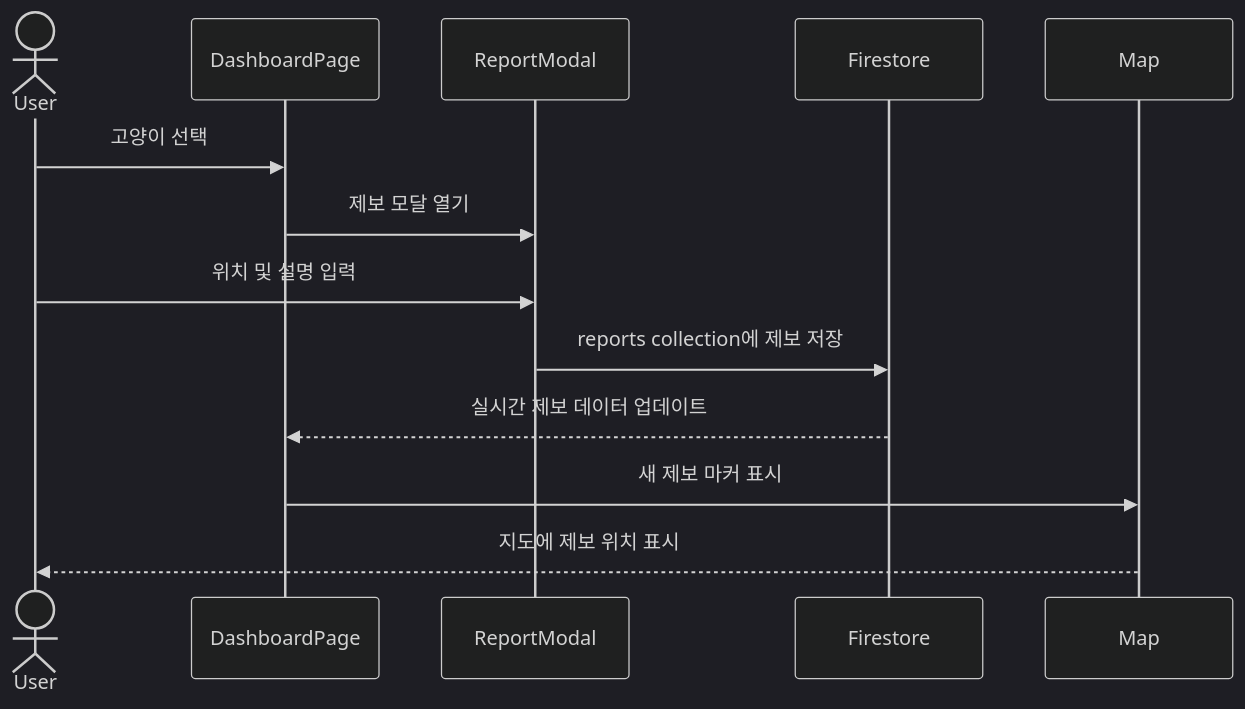
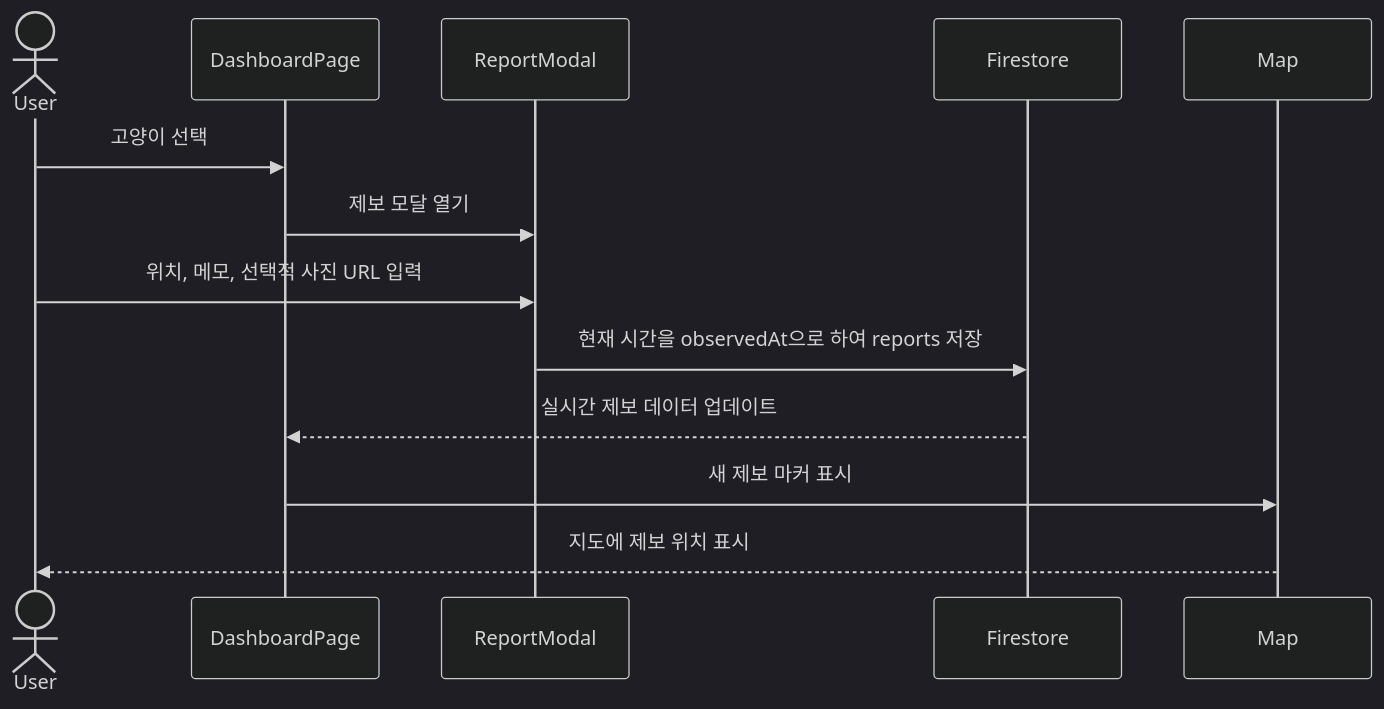
Before and after one commit to Pdar124/YU_CCM: the third of 8 diagrams in CCM_docs/Design_[22411841_박다래].md, drawn with Mermaid (dark theme). The commit also changed other lines of this file, not shown here.

````diff
--- a/CCM_docs/Design_[22411841_박다래].md
+++ b/CCM_docs/Design_[22411841_박다래].md
@@ -774,16 +986,16 @@
 ```mermaid
 sequenceDiagram
     actor User
     participant DashboardPage
     participant ReportModal
     participant Firestore
     participant Map
 
     User->>DashboardPage: 고양이 선택
     DashboardPage->>ReportModal: 제보 모달 열기
-    User->>ReportModal: 위치 및 설명 입력
-    ReportModal->>Firestore: reports collection에 제보 저장
+    User->>ReportModal: 위치, 메모, 선택적 사진 URL 입력
+    ReportModal->>Firestore: 현재 시간을 observedAt으로 하여 reports 저장
     Firestore-->>DashboardPage: 실시간 제보 데이터 업데이트
     DashboardPage->>Map: 새 제보 마커 표시
     Map-->>User: 지도에 제보 위치 표시
 ```
````
